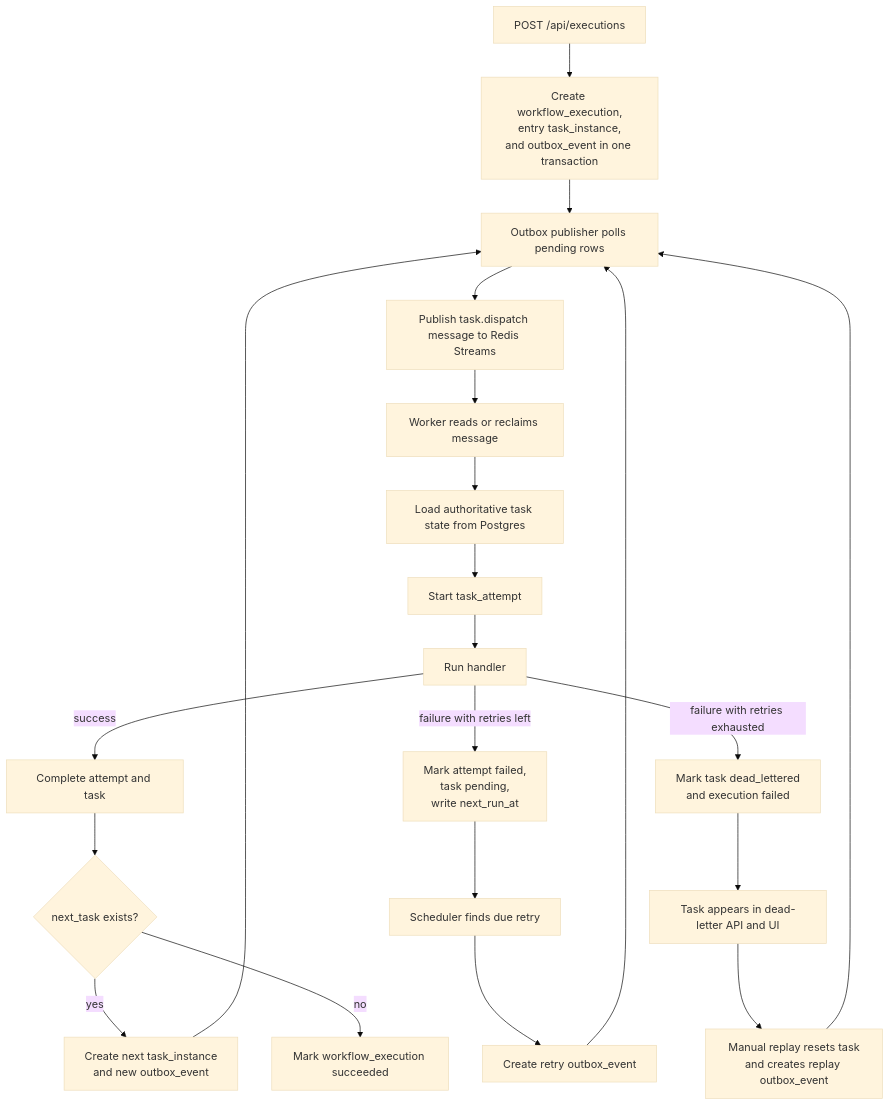
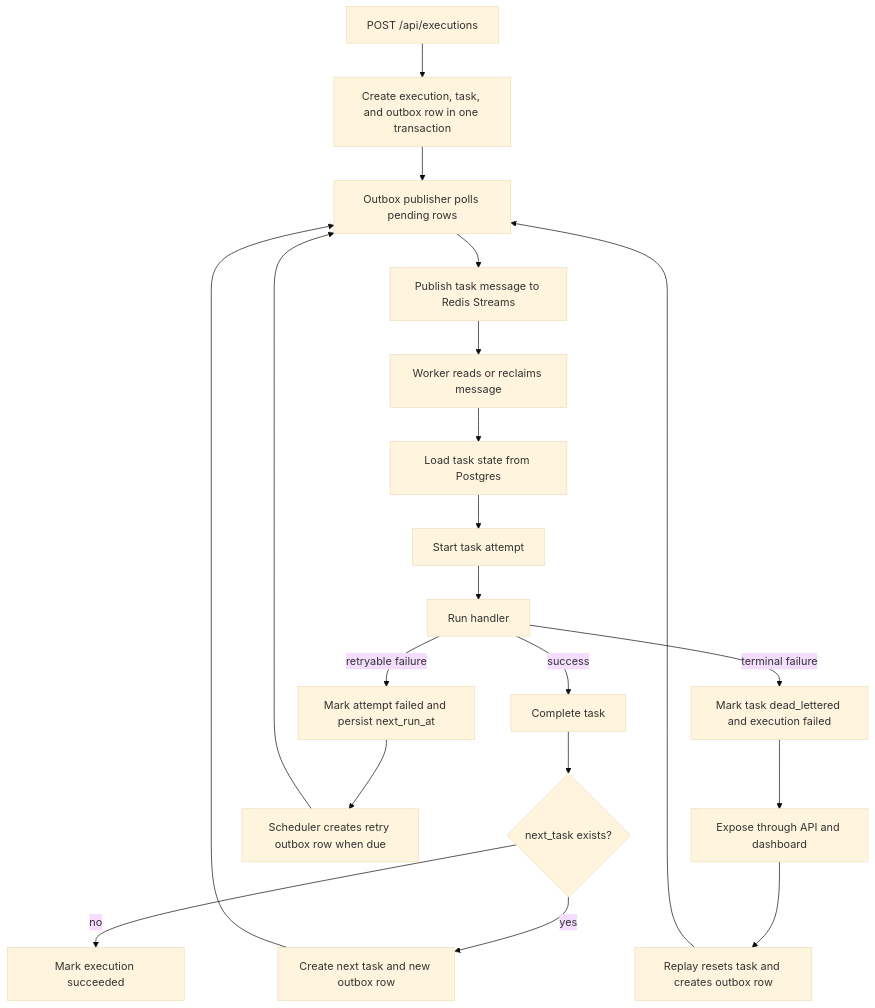
Before and after one commit to codetitan9999/DurableWorkFlowEngine: the third of 4 diagrams in ARCHITECTURE.md, drawn with Mermaid (base theme). The commit also changed other lines of this file, not shown here.

Commit message:
Condense architecture reference

````diff
--- a/ARCHITECTURE.md
+++ b/ARCHITECTURE.md
@@ -490,26 +185,25 @@
 ```mermaid
 flowchart TD
-    A["POST /api/executions"] --> B["Create workflow_execution,<br/>entry task_instance,<br/>and outbox_event in one transaction"]
+    A["POST /api/executions"] --> B["Create execution, task, and outbox row in one transaction"]
     B --> C["Outbox publisher polls pending rows"]
-    C --> D["Publish task.dispatch message to Redis Streams"]
+    C --> D["Publish task message to Redis Streams"]
     D --> E["Worker reads or reclaims message"]
-    E --> F["Load authoritative task state from Postgres"]
-    F --> G["Start task_attempt"]
+    E --> F["Load task state from Postgres"]
+    F --> G["Start task attempt"]
     G --> H["Run handler"]
 
-    H -->|success| I["Complete attempt and task"]
+    H -->|success| I["Complete task"]
     I --> J{"next_task exists?"}
-    J -->|yes| K["Create next task_instance<br/>and new outbox_event"]
+    J -->|yes| K["Create next task and new outbox row"]
     K --> C
-    J -->|no| L["Mark workflow_execution succeeded"]
+    J -->|no| L["Mark execution succeeded"]
 
-    H -->|failure with retries left| M["Mark attempt failed,<br/>task pending,<br/>write next_run_at"]
-    M --> N["Scheduler finds due retry"]
-    N --> O["Create retry outbox_event"]
-    O --> C
+    H -->|retryable failure| M["Mark attempt failed and persist next_run_at"]
+    M --> N["Scheduler creates retry outbox row when due"]
+    N --> C
 
-    H -->|failure with retries exhausted| P["Mark task dead_lettered<br/>and execution failed"]
-    P --> Q["Task appears in dead-letter API and UI"]
-    Q --> R["Manual replay resets task<br/>and creates replay outbox_event"]
-    R --> C
+    H -->|terminal failure| O["Mark task dead_lettered and execution failed"]
+    O --> P["Expose through API and dashboard"]
+    P --> Q["Replay resets task and creates outbox row"]
+    Q --> C
 ```
````
